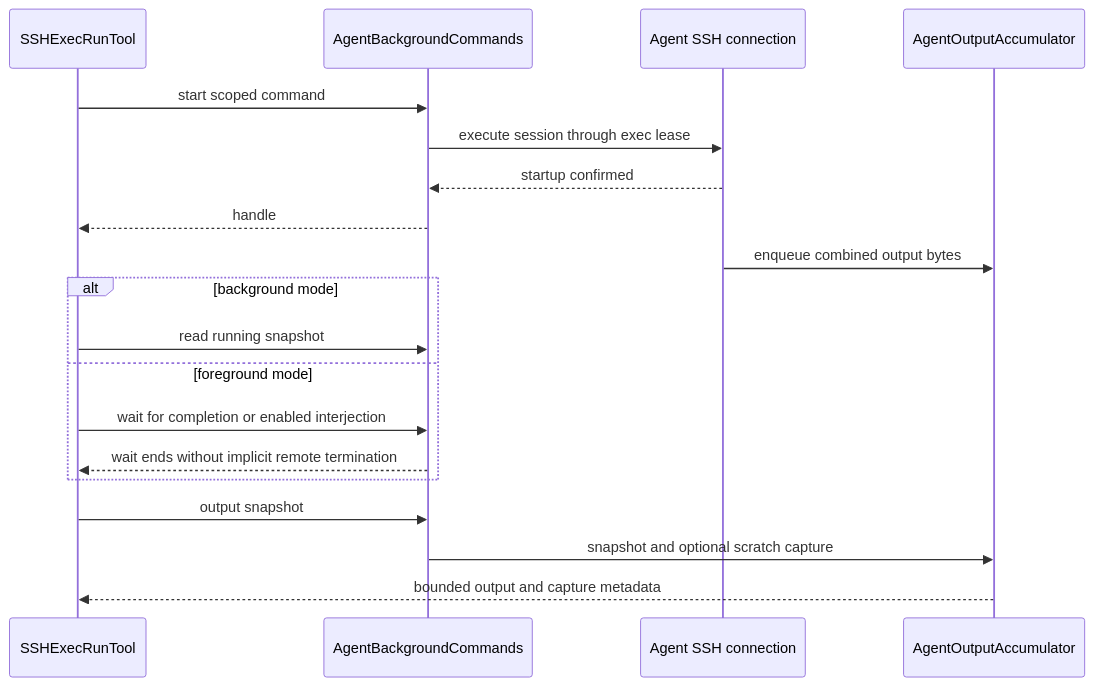
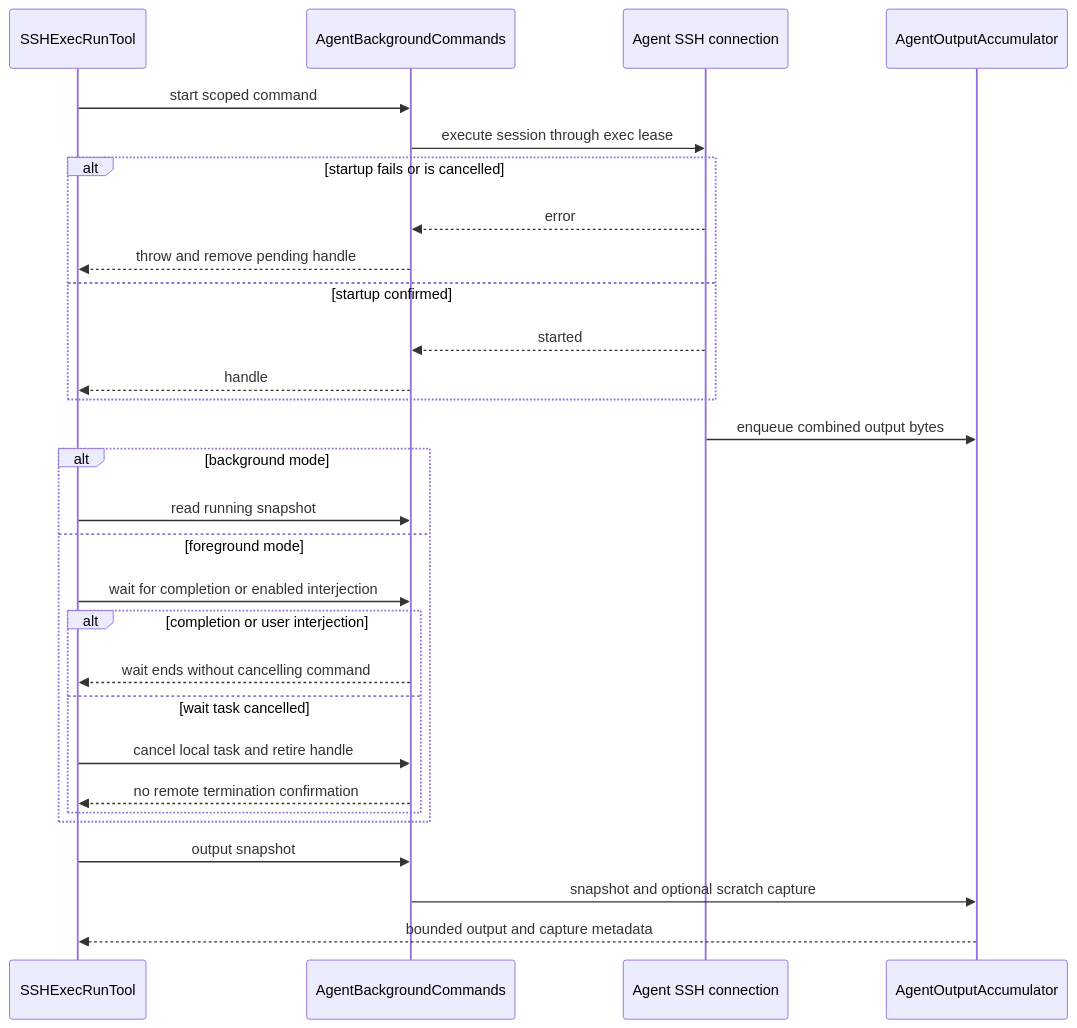
The fourth of 5 diagrams in openwiki/concepts/remote-services-and-forwarding.md (AkinoKaede/Termind), drawn with Mermaid before and after one commit. The commit also changed other lines of this file and 63 other files, not shown here.

````diff
--- a/openwiki/concepts/remote-services-and-forwarding.md
+++ b/openwiki/concepts/remote-services-and-forwarding.md
@@ -262,21 +260,31 @@
 ```mermaid
 sequenceDiagram
     participant Tool as SSHExecRunTool
     participant Commands as AgentBackgroundCommands
     participant SSH as Agent SSH connection
     participant Output as AgentOutputAccumulator
     Tool->>Commands: start scoped command
     Commands->>SSH: execute session through exec lease
-    SSH-->>Commands: startup confirmed
-    Commands-->>Tool: handle
+    alt startup fails or is cancelled
+        SSH-->>Commands: error
+        Commands-->>Tool: throw and remove pending handle
+    else startup confirmed
+        SSH-->>Commands: started
+        Commands-->>Tool: handle
+    end
     SSH->>Output: enqueue combined output bytes
     alt background mode
         Tool->>Commands: read running snapshot
     else foreground mode
         Tool->>Commands: wait for completion or enabled interjection
-        Commands-->>Tool: wait ends without implicit remote termination
+        alt completion or user interjection
+            Commands-->>Tool: wait ends without cancelling command
+        else wait task cancelled
+            Tool->>Commands: cancel local task and retire handle
+            Commands-->>Tool: no remote termination confirmation
+        end
     end
     Tool->>Commands: output snapshot
     Commands->>Output: snapshot and optional scratch capture
     Output-->>Tool: bounded output and capture metadata
 ```
````
